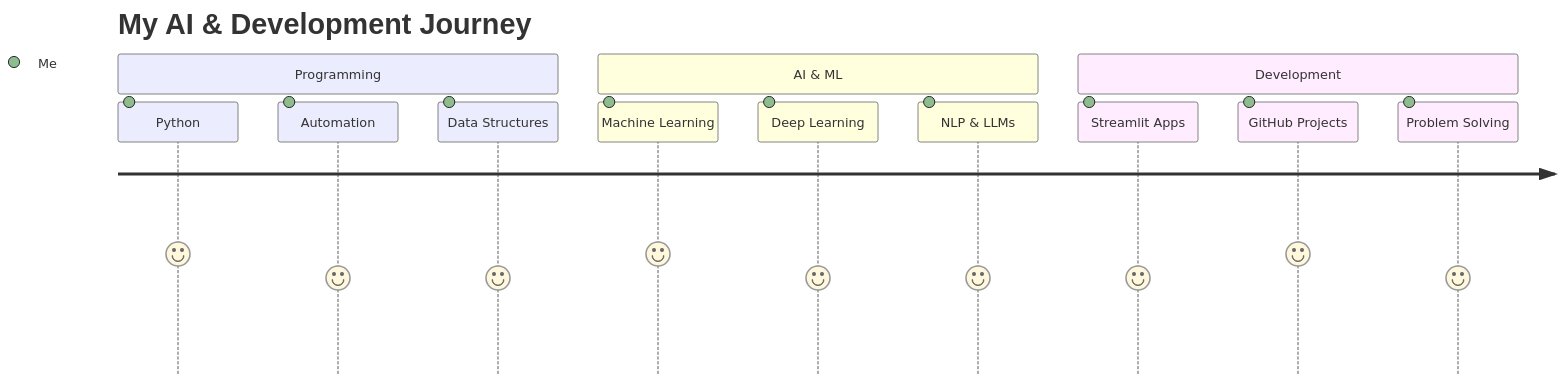
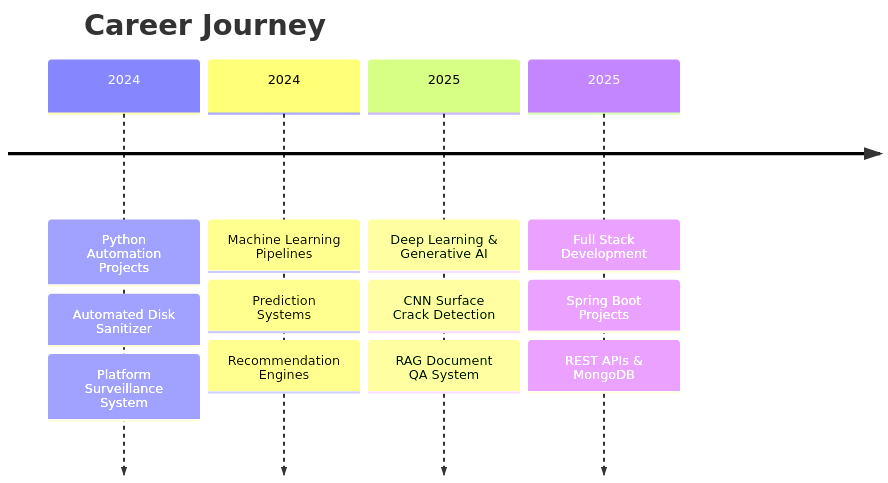
One commit to theankita/theankita changed the second of 2 diagrams in README.md. Above: the diagram before and after it, drawn with Mermaid. The commit also changed other lines of this file, not shown here.

````diff
--- a/README.md
+++ b/README.md
@@ -61,16 +38,20 @@
 ```mermaid
-journey
-    title My AI & Development Journey
-    section Programming
-      Python : 5: Me
-      Automation : 4: Me
-      Data Structures : 4: Me
-    section AI & ML
-      Machine Learning : 5: Me
-      Deep Learning : 4: Me
-      NLP & LLMs : 4: Me
-    section Development
-      Streamlit Apps : 4: Me
-      GitHub Projects : 5: Me
-      Problem Solving : 4: Me
+timeline
+    title Career Journey
+
+    2024 : Python Automation Projects
+         : Automated Disk Sanitizer
+         : Platform Surveillance System
+
+    2024 : Machine Learning Pipelines
+         : Prediction Systems
+         : Recommendation Engines
+
+    2025 : Deep Learning & Generative AI
+         : CNN Surface Crack Detection
+         : RAG Document QA System
+
+    2025 : Full Stack Development
+         : Spring Boot Projects
+         : REST APIs & MongoDB
 ```
````
